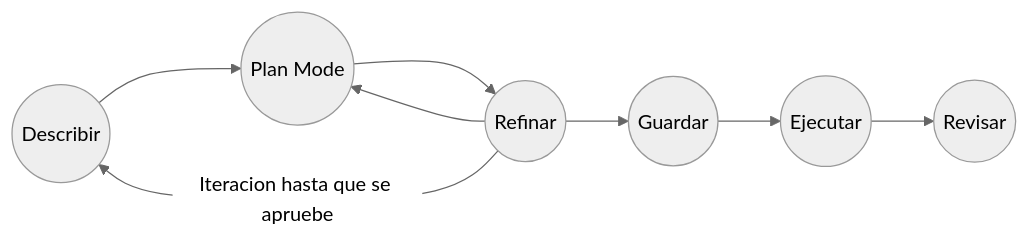
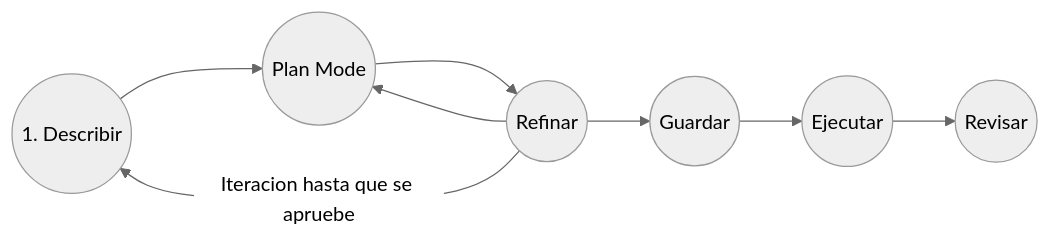
Before and after one commit to sramire3000/documentacion: the diagram in OpenCode/SpecDrivenDevelopment.md, drawn with Mermaid (neutral theme).

Commit message:
Update diagram step from 'Describir' to '1. Describir'

````diff
--- a/OpenCode/SpecDrivenDevelopment.md
+++ b/OpenCode/SpecDrivenDevelopment.md
@@ -4,10 +4,10 @@
 ```mermaid
 graph LR
-A((Describir)) --> B((Plan Mode))
+A((1. Describir)) --> B((Plan Mode))
 B --> C((Refinar))
 C -- Iteracion hasta que se apruebe --> A
 C --> B
 C --> D((Guardar))
 D --> E((Ejecutar))
 E --> F((Revisar))
 ```
````
